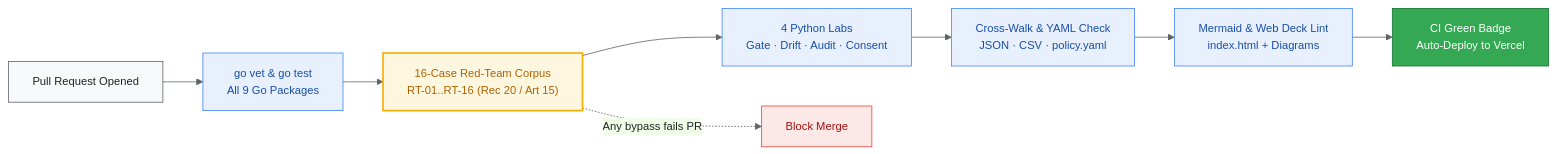
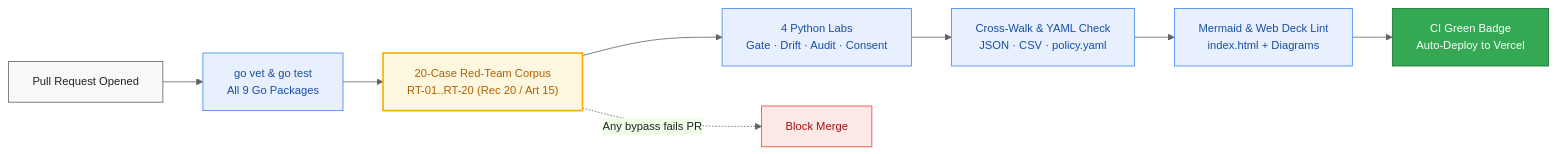
Before and after one commit to PratikDhanave/Build-For-RBI-Inherit-The-EU-AI-Act: the ninth of 12 diagrams in docs/DIAGRAMS.md, drawn with Mermaid. The commit also changed other lines of this file and 17 other files, not shown here.

````diff
--- a/docs/DIAGRAMS.md
+++ b/docs/DIAGRAMS.md
@@ -392,21 +408,21 @@
 ```mermaid
 %%{init: {"theme": "base", "themeVariables": {"fontFamily": "Google Sans, Roboto, Helvetica Neue, Arial, sans-serif", "fontSize": "14px", "primaryColor": "#E8F0FE", "primaryTextColor": "#202124", "primaryBorderColor": "#4285F4", "lineColor": "#5F6368"}}}%%
 flowchart LR
     PR["Pull Request Opened"] --> VET["go vet & go test<br/>All 9 Go Packages"]
-    VET --> RT["16-Case Red-Team Corpus<br/>RT-01..RT-16 (Rec 20 / Art 15)"]
+    VET --> RT["20-Case Red-Team Corpus<br/>RT-01..RT-20 (Rec 20 / Art 15)"]
     RT --> PY["4 Python Labs<br/>Gate · Drift · Audit · Consent"]
     PY --> XW["Cross-Walk & YAML Check<br/>JSON · CSV · policy.yaml"]
     XW --> MMD["Mermaid & Web Deck Lint<br/>index.html + Diagrams"]
     MMD --> PASS["CI Green Badge<br/>Auto-Deploy to Vercel"]
 
     RT -.->|"Any bypass fails PR"| FAIL["Block Merge"]
 
     style PR fill:#F8F9FA,stroke:#5F6368,color:#202124
     style VET fill:#E8F0FE,stroke:#4285F4,color:#174EA6
     style RT fill:#FEF7E0,stroke:#F9AB00,stroke-width:2px,color:#B06000
     style PY fill:#E8F0FE,stroke:#4285F4,color:#174EA6
     style XW fill:#E8F0FE,stroke:#4285F4,color:#174EA6
     style MMD fill:#E8F0FE,stroke:#4285F4,color:#174EA6
     style PASS fill:#34A853,stroke:#137333,color:#FFFFFF
     style FAIL fill:#FCE8E6,stroke:#EA4335,color:#A50E0E
 ```
````
